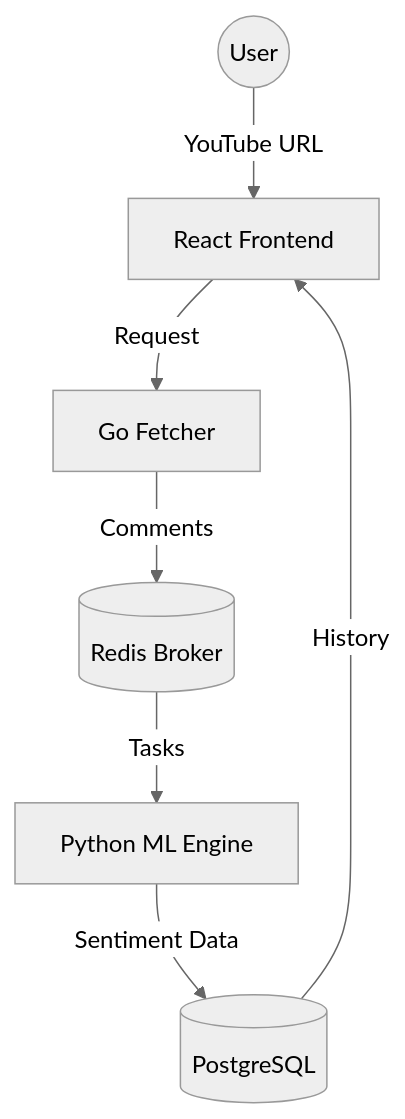
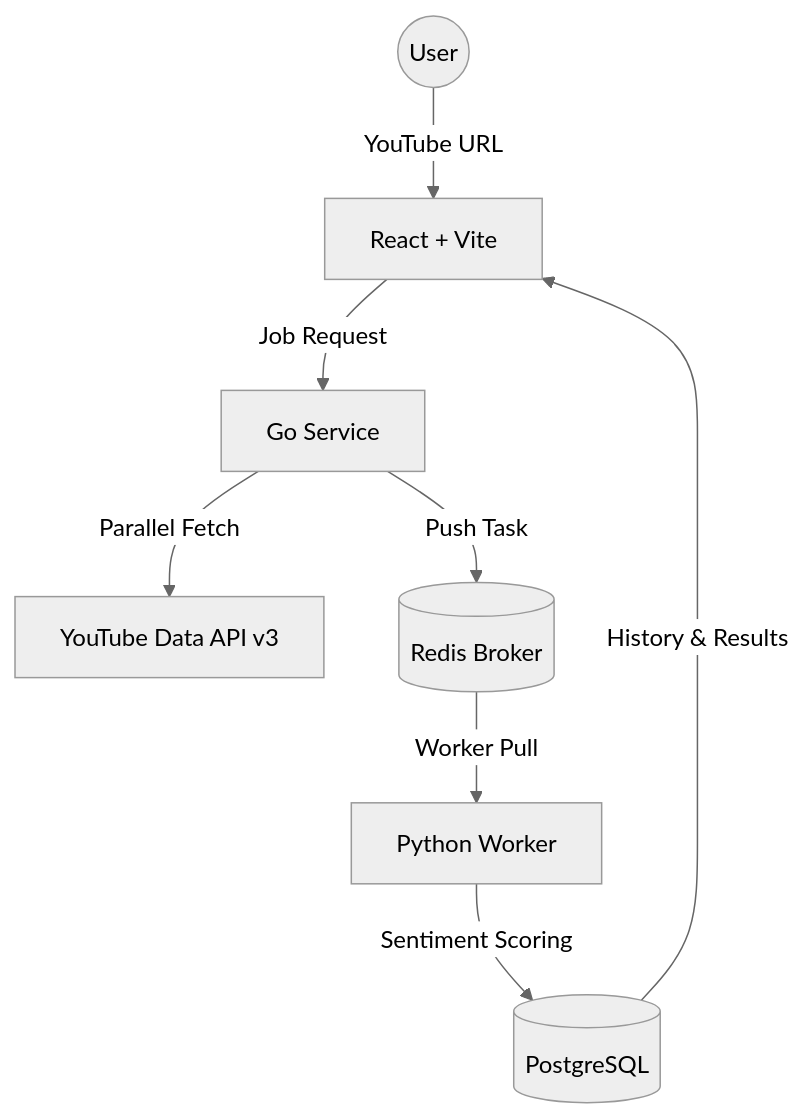
The diagram in README.md (DaffMe/NeuroTube), drawn with Mermaid (neutral theme) before and after one commit. The commit also changed other lines of this file, not shown here.

````diff
--- a/README.md
+++ b/README.md
@@ -27,9 +39,10 @@
 ```mermaid
 graph TD
-    User((User)) -->|YouTube URL| Frontend[React Frontend]
-    Frontend -->|Request| Fetcher[Go Fetcher]
-    Fetcher -->|Comments| Redis[(Redis Broker)]
-    Redis -->|Tasks| MLEngine[Python ML Engine]
-    MLEngine -->|Sentiment Data| DB[(PostgreSQL)]
-    DB -->|History| Frontend
+    User((User)) -->|YouTube URL| Frontend[React + Vite]
+    Frontend -->|Job Request| Fetcher[Go Service]
+    Fetcher -->|Parallel Fetch| YT_API[YouTube Data API v3]
+    Fetcher -->|Push Task| Redis[(Redis Broker)]
+    Redis -->|Worker Pull| MLEngine[Python Worker]
+    MLEngine -->|Sentiment Scoring| DB[(PostgreSQL)]
+    DB -->|History & Results| Frontend
 ```
````
